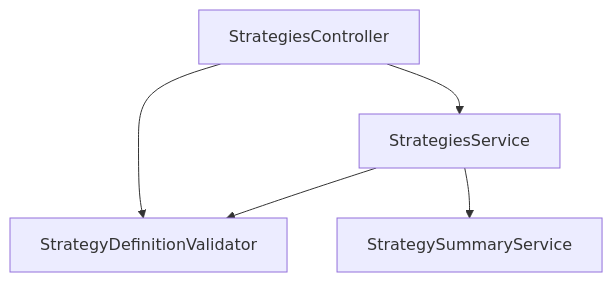
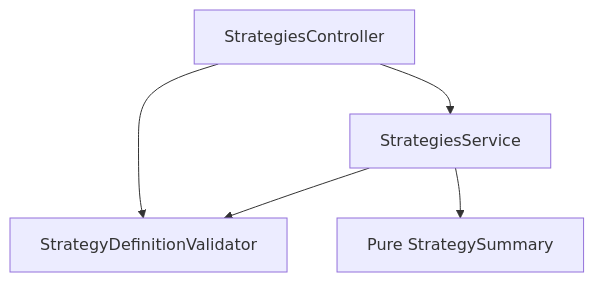
One commit to JustinPaoletta/BitStockerz changed the diagram in docs/plans/sprint-2-3-strategy-crud-validation.md. Above: the diagram before and after it, drawn with Mermaid. The commit also changed other lines of this file and 232 other files, not shown here.

````diff
--- a/docs/plans/sprint-2-3-strategy-crud-validation.md
+++ b/docs/plans/sprint-2-3-strategy-crud-validation.md
@@ -143,11 +148,11 @@
 ```mermaid
 flowchart TB
   C[StrategiesController]
   S[StrategiesService]
   V[StrategyDefinitionValidator]
-  SUM[StrategySummaryService]
+  SUM[Pure StrategySummary]
   C --> S
   S --> V
   S --> SUM
   C --> V
 ```
````
